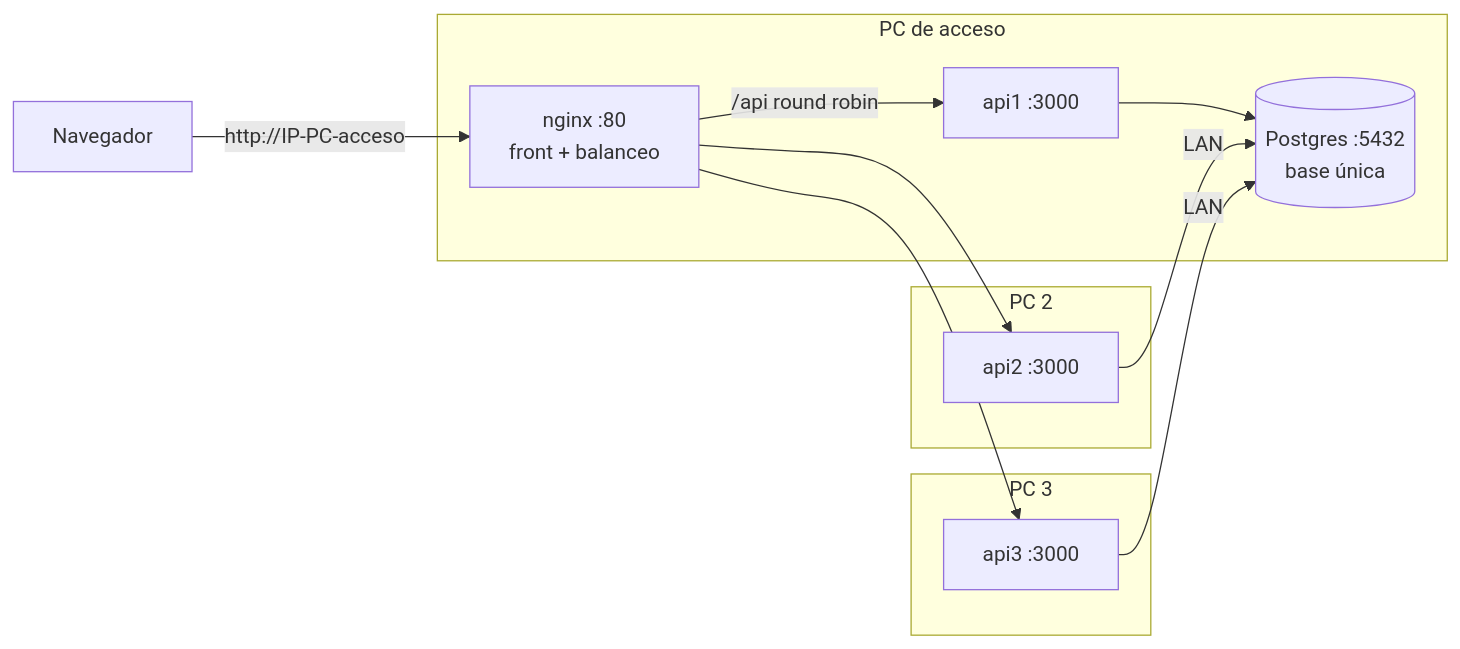
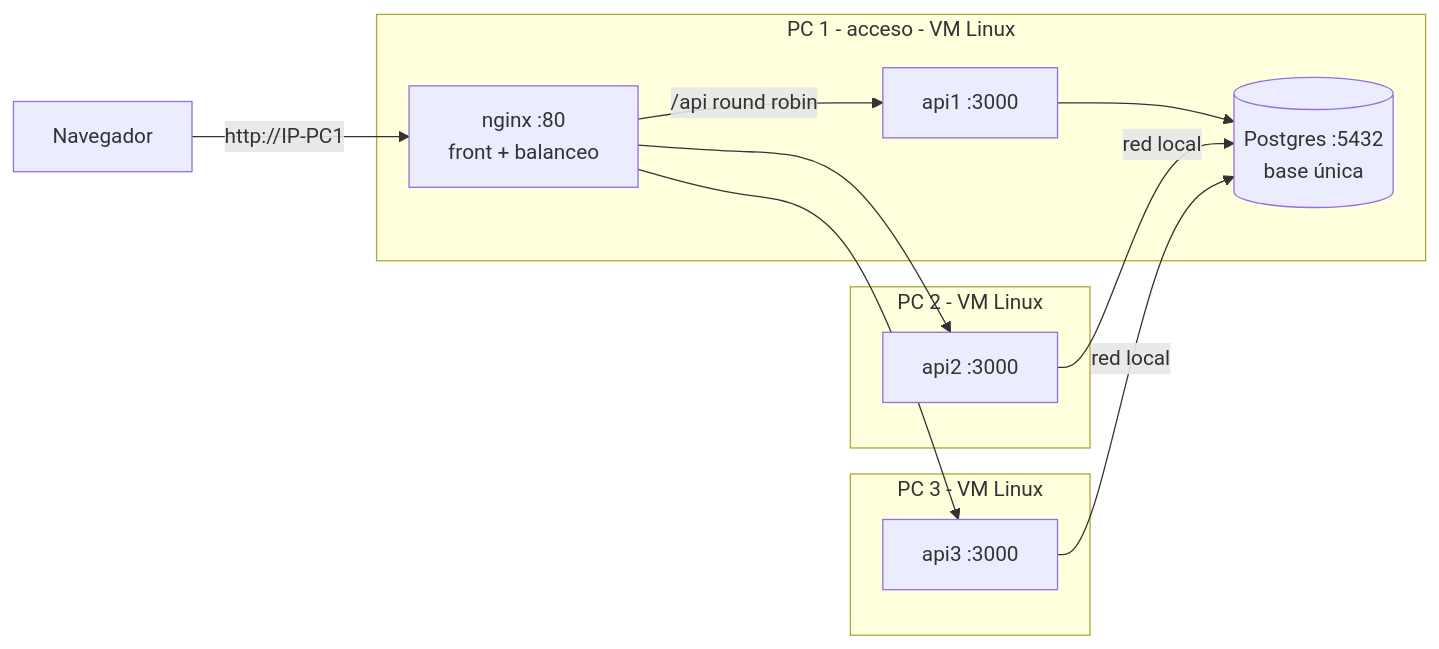
Before and after one commit to salmaguiarr514/Trabajo-Integrador-Intermaterias-LBZ: the diagram in docs/sistemas-operativos/plan.md, drawn with Mermaid. The commit also changed other lines of this file and 6 other files, not shown here.

````diff
--- a/docs/sistemas-operativos/plan.md
+++ b/docs/sistemas-operativos/plan.md
@@ -33,21 +27,21 @@
 ```mermaid
 flowchart LR
-    N[Navegador] -->|http://IP-PC-acceso| NG
-    subgraph PC1 [PC de acceso]
+    N[Navegador] -->|http://IP-PC1| NG
+    subgraph PC1 [PC 1 - acceso - VM Linux]
         NG[nginx :80<br/>front + balanceo]
         DB[(Postgres :5432<br/>base única)]
         A1[api1 :3000]
     end
-    subgraph PC2 [PC 2]
+    subgraph PC2 [PC 2 - VM Linux]
         A2[api2 :3000]
     end
-    subgraph PC3 [PC 3]
+    subgraph PC3 [PC 3 - VM Linux]
         A3[api3 :3000]
     end
     NG -->|/api round robin| A1
     NG --> A2
     NG --> A3
     A1 --> DB
-    A2 -->|LAN| DB
-    A3 -->|LAN| DB
+    A2 -->|red local| DB
+    A3 -->|red local| DB
 ```
````
